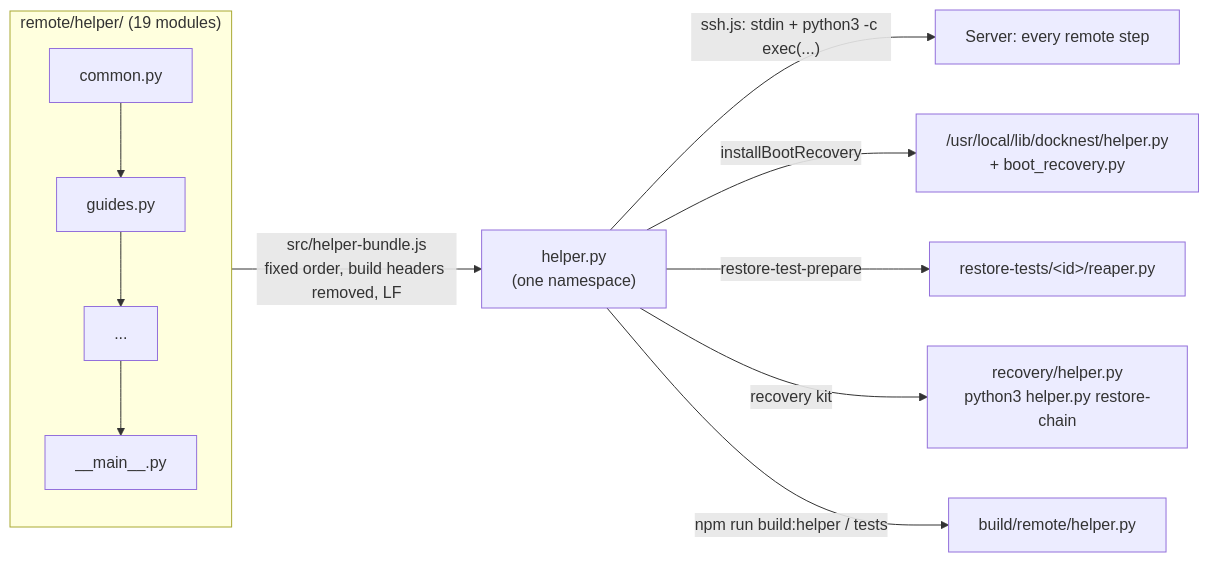
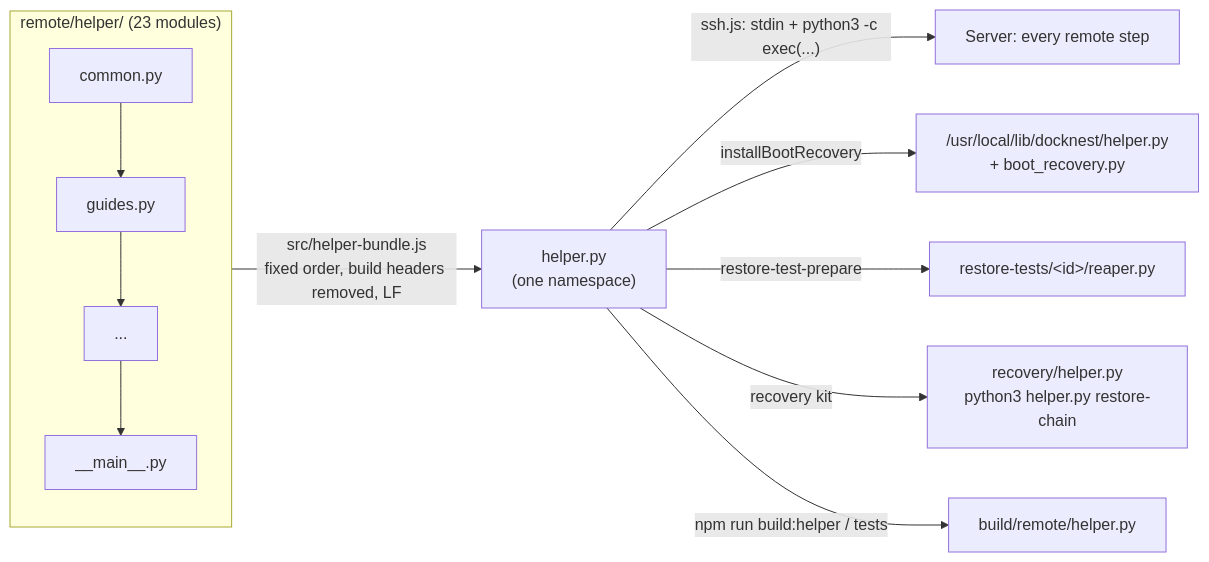
One commit to DahanItamar/DockNest changed the first of 3 diagrams in docs/remote-helper.md. Above: the diagram before and after it, drawn with Mermaid. The commit also changed other lines of this file and 11 other files, not shown here.

````diff
--- a/docs/remote-helper.md
+++ b/docs/remote-helper.md
@@ -46,12 +50,12 @@
 ```mermaid
 flowchart LR
-  subgraph Source["remote/helper/ (19 modules)"]
+  subgraph Source["remote/helper/ (23 modules)"]
     M1[common.py] --> M2[guides.py] --> M3[...] --> M15[__main__.py]
   end
   Source -->|"src/helper-bundle.js<br/>fixed order, build headers removed, LF"| B["helper.py<br/>(one namespace)"]
   B -->|"ssh.js: stdin + python3 -c exec(...)"| S[Server: every remote step]
   B -->|"installBootRecovery"| R["/usr/local/lib/docknest/helper.py<br/>+ boot_recovery.py"]
   B -->|"restore-test-prepare"| P["restore-tests/&lt;id&gt;/reaper.py"]
   B -->|"recovery kit"| K["recovery/helper.py<br/>python3 helper.py restore-chain"]
   B -->|"npm run build:helper / tests"| D[build/remote/helper.py]
 ```
````
